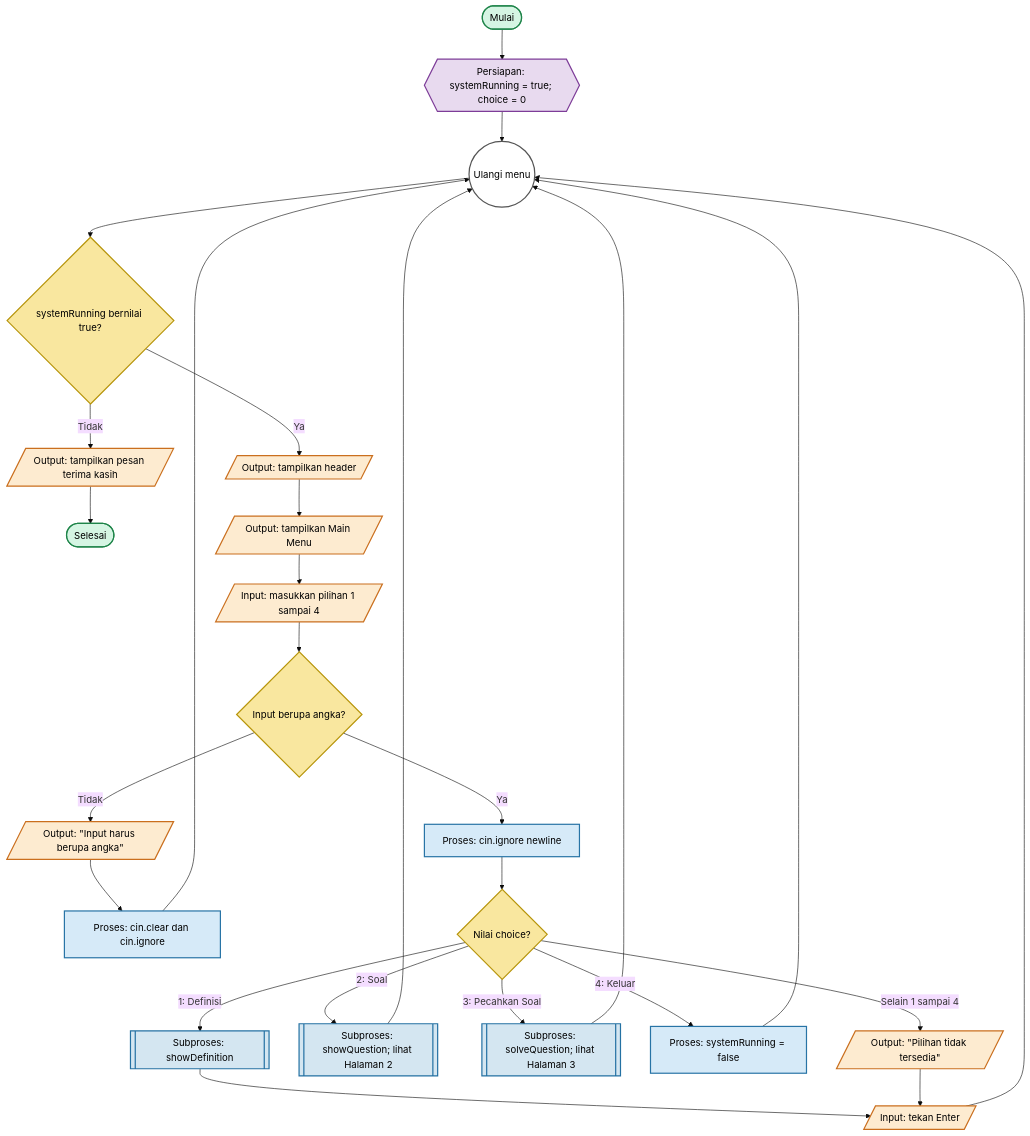
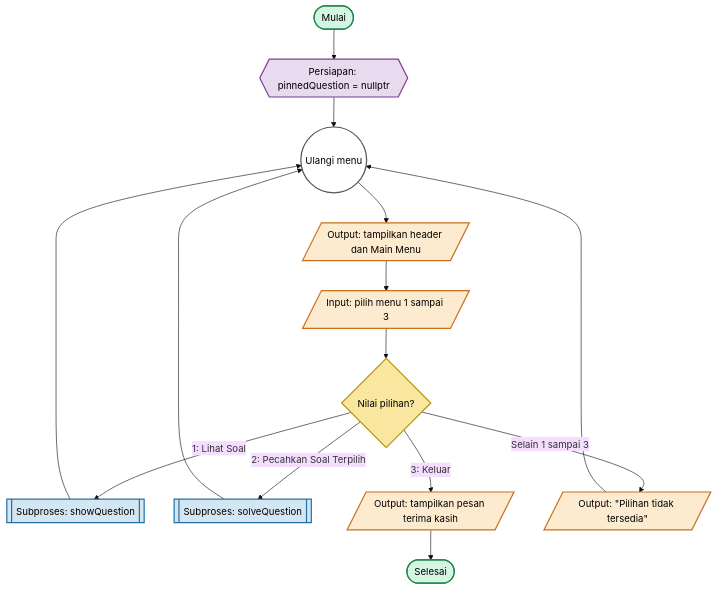
One commit to kyberneticus/graph changed the first of 3 diagrams in FLOWCHART.md. Above: the diagram before and after it, drawn with Mermaid (base theme). The commit also changed other lines of this file and 2 other files, not shown here.

First line of the commit message:
feat: solve pinned graph exercises

````diff
--- a/FLOWCHART.md
+++ b/FLOWCHART.md
@@ -11,53 +7,34 @@
 ```mermaid
 flowchart TD
-    Start([Mulai]) --> Init{{Persiapan: systemRunning = true; choice = 0}}
+    Start([Mulai]) --> Init{{Persiapan: pinnedQuestion = nullptr}}
     Init --> MainLoop((Ulangi menu))
-    MainLoop --> Running{systemRunning bernilai true?}
+    MainLoop --> Header[/Output: tampilkan header dan Main Menu/]
+    Header --> InputChoice[/Input: pilih menu 1 sampai 3/]
+    InputChoice --> Choice{Nilai pilihan?}
 
-    Running -- Tidak --> ExitMessage[/Output: tampilkan pesan terima kasih/]
+    Choice -- "1: Lihat Soal" --> Questions[[Subproses: showQuestion]]
+    Questions --> MainLoop
+
+    Choice -- "2: Pecahkan Soal Terpilih" --> Solver[[Subproses: solveQuestion]]
+    Solver --> MainLoop
+
+    Choice -- "3: Keluar" --> ExitMessage[/Output: tampilkan pesan terima kasih/]
     ExitMessage --> End([Selesai])
 
-    Running -- Ya --> Header[/Output: tampilkan header/]
-    Header --> Menu[/Output: tampilkan Main Menu/]
-    Menu --> InputChoice[/Input: masukkan pilihan 1 sampai 4/]
-    InputChoice --> IsNumber{Input berupa angka?}
-
-    IsNumber -- Tidak --> InputError[/Output: "Input harus berupa angka"/]
-    InputError --> ClearInput[Proses: cin.clear dan cin.ignore]
-    ClearInput --> MainLoop
-
-    IsNumber -- Ya --> IgnoreNewline[Proses: cin.ignore newline]
-    IgnoreNewline --> Choice{Nilai choice?}
-
-    Choice -- "1: Definisi" --> Definition[[Subproses: showDefinition]]
-    Definition --> PauseMain[/Input: tekan Enter/]
-    PauseMain --> MainLoop
-
-    Choice -- "2: Soal" --> Questions[[Subproses: showQuestion; lihat Halaman 2]]
-    Questions --> MainLoop
-
-    Choice -- "3: Pecahkan Soal" --> Solver[[Subproses: solveQuestion; lihat Halaman 3]]
-    Solver --> MainLoop
-
-    Choice -- "4: Keluar" --> StopProgram[Proses: systemRunning = false]
-    StopProgram --> MainLoop
-
-    Choice -- "Selain 1 sampai 4" --> ChoiceError[/Output: "Pilihan tidak tersedia"/]
-    ChoiceError --> PauseMain
+    Choice -- "Selain 1 sampai 3" --> ChoiceError[/Output: "Pilihan tidak tersedia"/]
+    ChoiceError --> MainLoop
 
     classDef terminator fill:#D5F5E3,stroke:#1E8449,color:#000,stroke-width:2px;
     classDef preparation fill:#E8DAEF,stroke:#7D3C98,color:#000,stroke-width:2px;
-    classDef process fill:#D6EAF8,stroke:#2874A6,color:#000,stroke-width:2px;
     classDef io fill:#FDEBD0,stroke:#CA6F1E,color:#000,stroke-width:2px;
     classDef decision fill:#F9E79F,stroke:#B7950B,color:#000,stroke-width:2px;
     classDef subprocess fill:#D4E6F1,stroke:#2471A3,color:#000,stroke-width:2px;
     classDef connector fill:#FFFFFF,stroke:#555555,color:#000,stroke-width:2px;
 
     class Start,End terminator;
+    class Init preparation;
+    class Header,InputChoice,ExitMessage,ChoiceError io;
+    class Choice decision;
+    class Questions,Solver subprocess;
     class MainLoop connector;
-    class Init preparation;
-    class ClearInput,IgnoreNewline,StopProgram process;
-    class Header,Menu,InputChoice,InputError,ExitMessage,PauseMain,ChoiceError io;
-    class Running,IsNumber,Choice decision;
-    class Definition,Questions,Solver subprocess;
 ```
````
